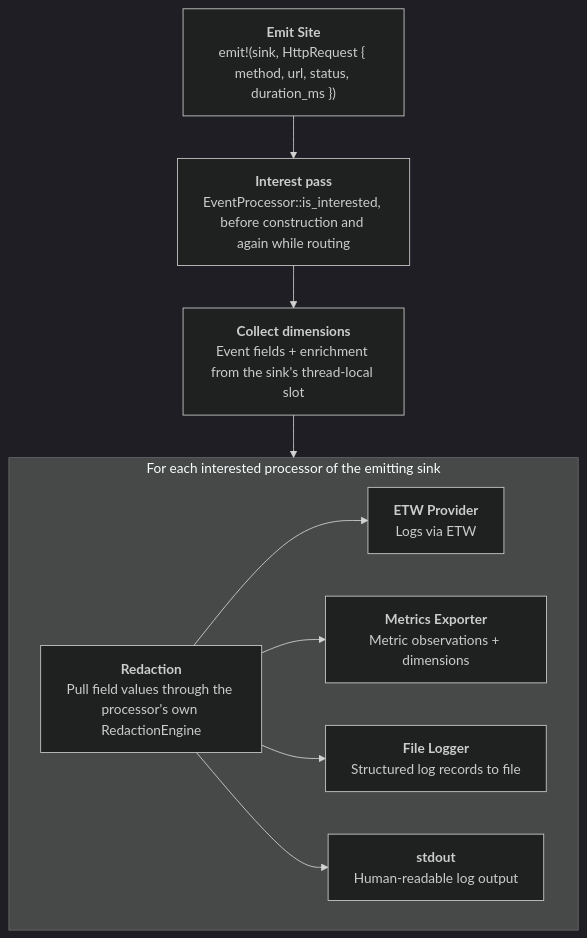
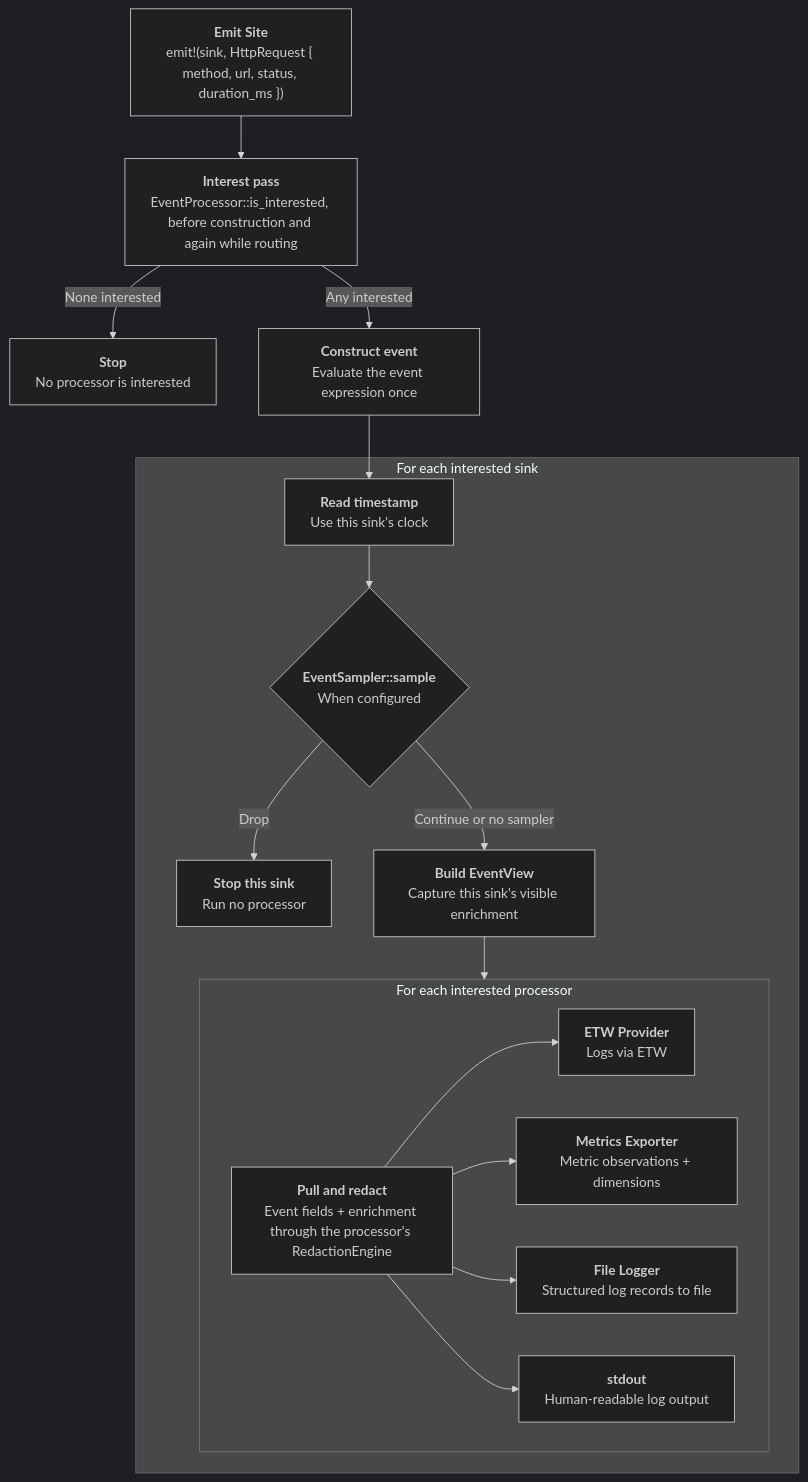
Before and after one commit to microsoft/oxidizer: the diagram in crates/observed/DESIGN.md, drawn with Mermaid (dark theme). The commit also changed other lines of this file and 5 other files, not shown here.

```diff
--- a/crates/observed/DESIGN.md
+++ b/crates/observed/DESIGN.md
@@ -369,18 +372,33 @@
 :::mermaid
 flowchart TD
     emit["<b>Emit Site</b><br/>emit!(sink, HttpRequest { method, url, status, duration_ms })"]
     filter["<b>Interest pass</b><br/>EventProcessor::is_interested, before construction and again while routing"]
-    dimensions["<b>Collect dimensions</b><br/>Event fields + enrichment from the sink's thread-local slot"]
+    stop["<b>Stop</b><br/>No processor is interested"]
+    construct["<b>Construct event</b><br/>Evaluate the event expression once"]
 
-    emit --> filter --> dimensions
+    emit --> filter
+    filter -- "None interested" --> stop
+    filter -- "Any interested" --> construct
+    construct --> timestamp
 
-    dimensions --> loop
+    subgraph sink ["For each interested sink"]
+        timestamp["<b>Read timestamp</b><br/>Use this sink's clock"]
+        sample{"<b>EventSampler::sample</b><br/>When configured"}
+        dropped["<b>Stop this sink</b><br/>Run no processor"]
+        view["<b>Build EventView</b><br/>Capture this sink's visible enrichment"]
 
-    subgraph loop ["For each interested processor of the emitting sink"]
-        redact["<b>Redaction</b><br/>Pull field values through the processor's own RedactionEngine"]
-        redact --> etw["<b>ETW Provider</b><br/>Logs via ETW"]
-        redact --> metrics["<b>Metrics Exporter</b><br/>Metric observations + dimensions"]
-        redact --> file["<b>File Logger</b><br/>Structured log records to file"]
-        redact --> stdout["<b>stdout</b><br/>Human-readable log output"]
+        timestamp --> sample
+        sample -- "Drop" --> dropped
+        sample -- "Continue or no sampler" --> view
+
+        view --> loop
+
+        subgraph loop ["For each interested processor"]
+            redact["<b>Pull and redact</b><br/>Event fields + enrichment through the processor's RedactionEngine"]
+            redact --> etw["<b>ETW Provider</b><br/>Logs via ETW"]
+            redact --> metrics["<b>Metrics Exporter</b><br/>Metric observations + dimensions"]
+            redact --> file["<b>File Logger</b><br/>Structured log records to file"]
+            redact --> stdout["<b>stdout</b><br/>Human-readable log output"]
+        end
     end
 :::
```
